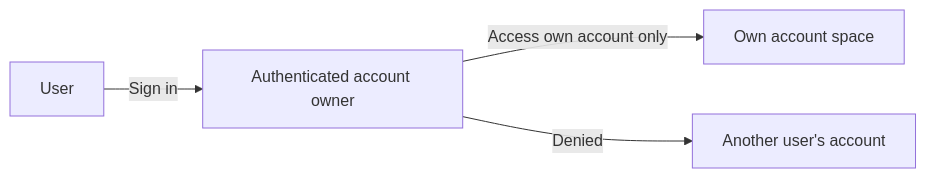
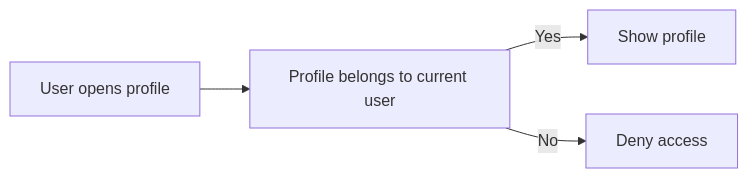
Before and after one commit to wrtnlabs/autobe-examples: the third of 4 diagrams in openai/gpt-5.4-mini/todo/docs/analysis/03-functional-requirements.md, drawn with Mermaid. The commit also changed other lines of this file and 6645 other files, not shown here.

````diff
--- a/openai/gpt-5.4-mini/todo/docs/analysis/03-functional-requirements.md
+++ b/openai/gpt-5.4-mini/todo/docs/analysis/03-functional-requirements.md
@@ -66,6 +277,6 @@
 ```mermaid
 flowchart LR
-    A["User"] -->|"Sign in"| B["Authenticated account owner"]
-    B -->|"Access own account only"| C["Own account space"]
-    B -->|"Denied"| D["Another user's account"]
+    A["User opens profile"] --> B["Profile belongs to current user"]
+    B -->|"Yes"| C["Show profile"]
+    B -->|"No"| D["Deny access"]
 ```
````
